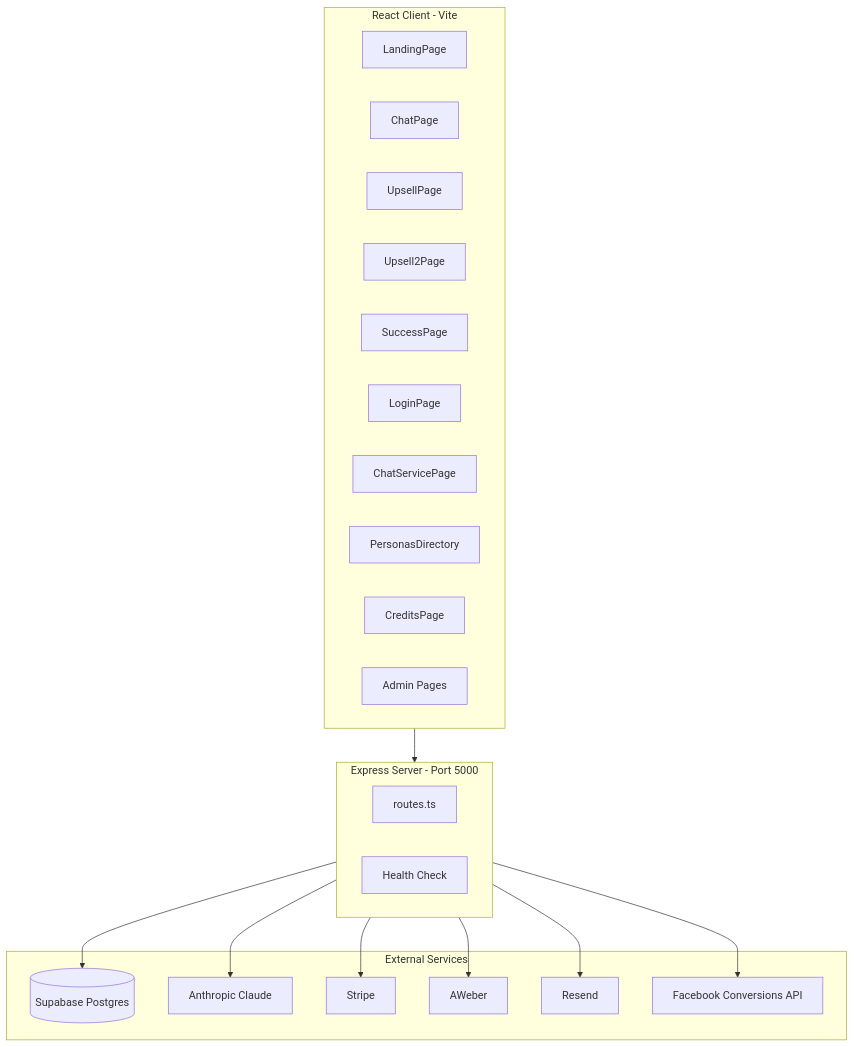
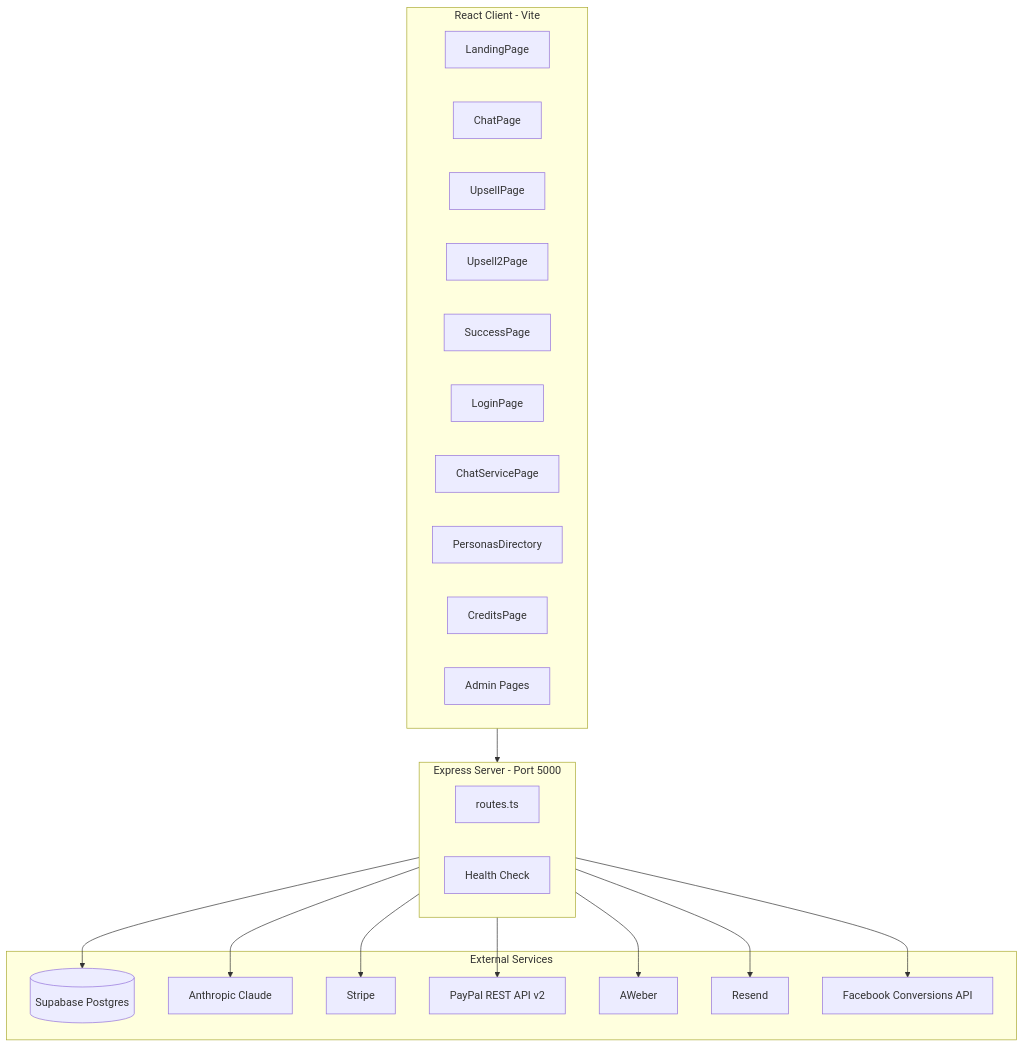
One commit to Rober7640/The-Seer-Within-V2 changed the first of 10 diagrams in docs/ARCHITECTURE.md. Above: the diagram before and after it, drawn with Mermaid. The commit also changed other lines of this file and 199 other files, not shown here.

````diff
--- a/docs/ARCHITECTURE.md
+++ b/docs/ARCHITECTURE.md
@@ -11,37 +11,39 @@
 ```mermaid
 flowchart TB
     subgraph client [React Client - Vite]
         Landing[LandingPage]
         ChatFunnel[ChatPage]
         Upsell1[UpsellPage]
         Upsell2[Upsell2Page]
         Success[SuccessPage]
         Login[LoginPage]
         Reading[ChatServicePage]
         Personas[PersonasDirectory]
         Credits[CreditsPage]
         Admin[Admin Pages]
     end
 
     subgraph server [Express Server - Port 5000]
         Routes[routes.ts]
         Health[Health Check]
     end
 
     subgraph external [External Services]
         Supabase[(Supabase Postgres)]
         Claude[Anthropic Claude]
         Stripe[Stripe]
+        PayPal[PayPal REST API v2]
         AWeber[AWeber]
         Resend[Resend]
         FB[Facebook Conversions API]
     end
 
     client --> server
     server --> Supabase
     server --> Claude
     server --> Stripe
+    server --> PayPal
     server --> AWeber
     server --> Resend
     server --> FB
 ```
````
